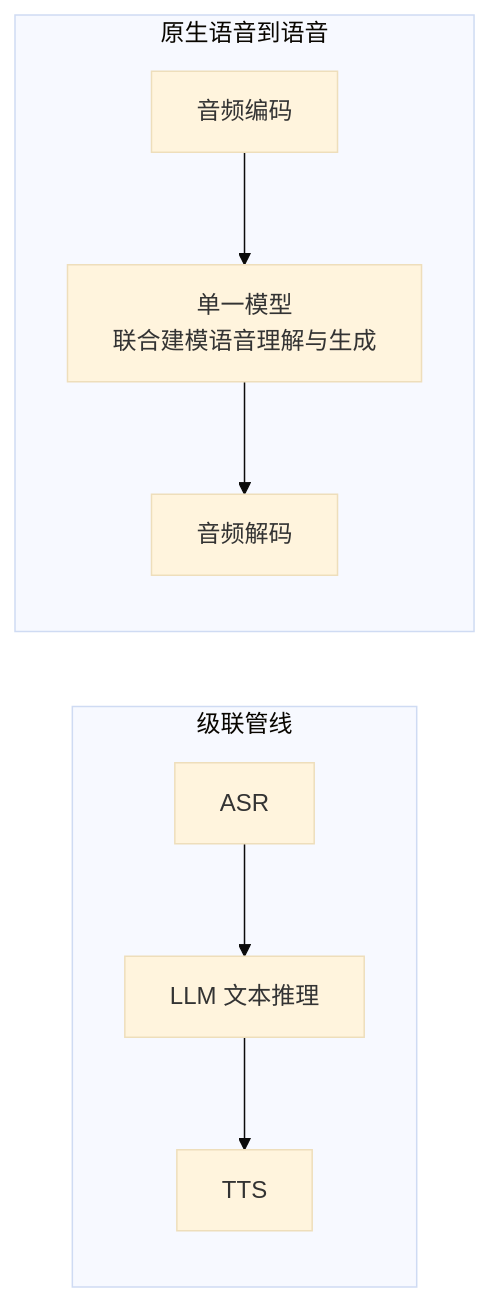
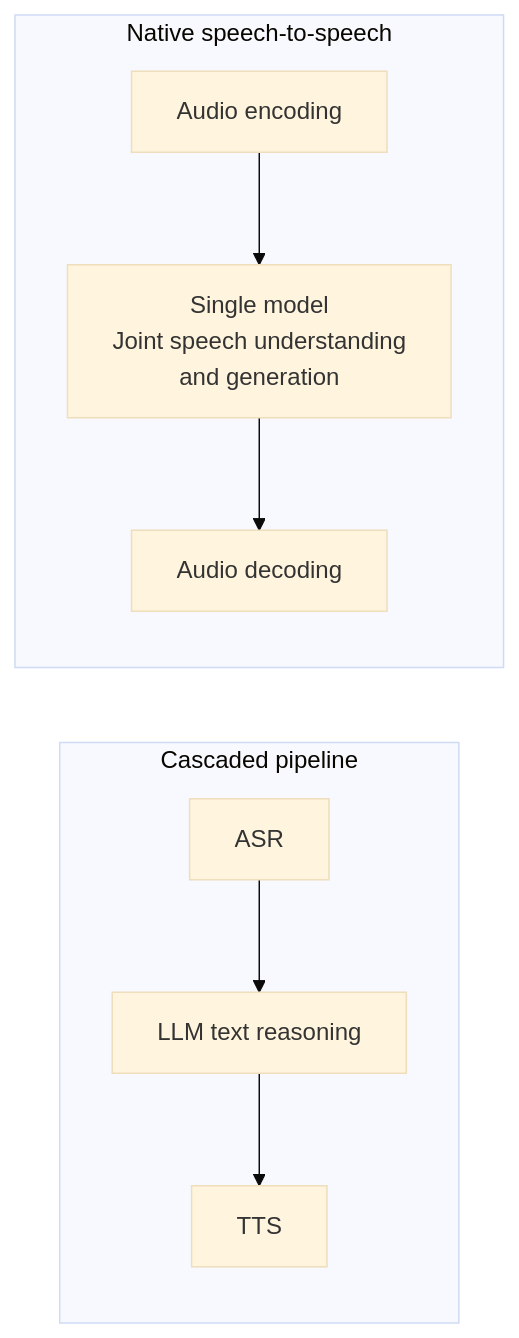
The diagram in docs/multimodal/03-speech-audio/06-realtime-duplex-voice.md (oneleaveknowsthefall/awesome-ai-roadmap), drawn with Mermaid (base theme) before and after one commit. The commit also changed other lines of this file and 92 other files, not shown here.

````diff
--- a/docs/multimodal/03-speech-audio/06-realtime-duplex-voice.md
+++ b/docs/multimodal/03-speech-audio/06-realtime-duplex-voice.md
@@ -17,9 +17,9 @@
 ```mermaid
 flowchart LR
-    subgraph Cascade["级联管线"]
-        A1[ASR] --> A2[LLM 文本推理] --> A3[TTS]
+    subgraph Cascade["Cascaded pipeline"]
+        A1[ASR] --> A2[LLM text reasoning] --> A3[TTS]
     end
-    subgraph Native["原生语音到语音"]
-        B1[音频编码] --> B2["单一模型<br/>联合建模语音理解与生成"] --> B3[音频解码]
+    subgraph Native["Native speech-to-speech"]
+        B1[Audio encoding] --> B2["Single model<br/>Joint speech understanding<br/>and generation"] --> B3[Audio decoding]
     end
 ```
````
